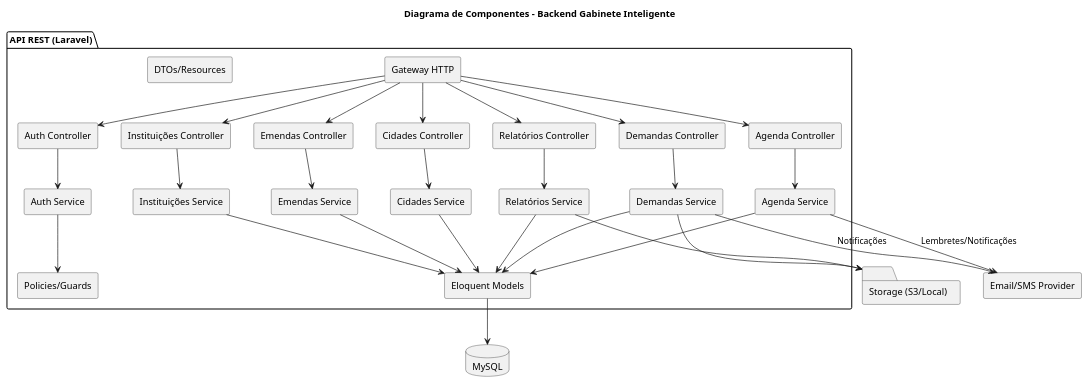
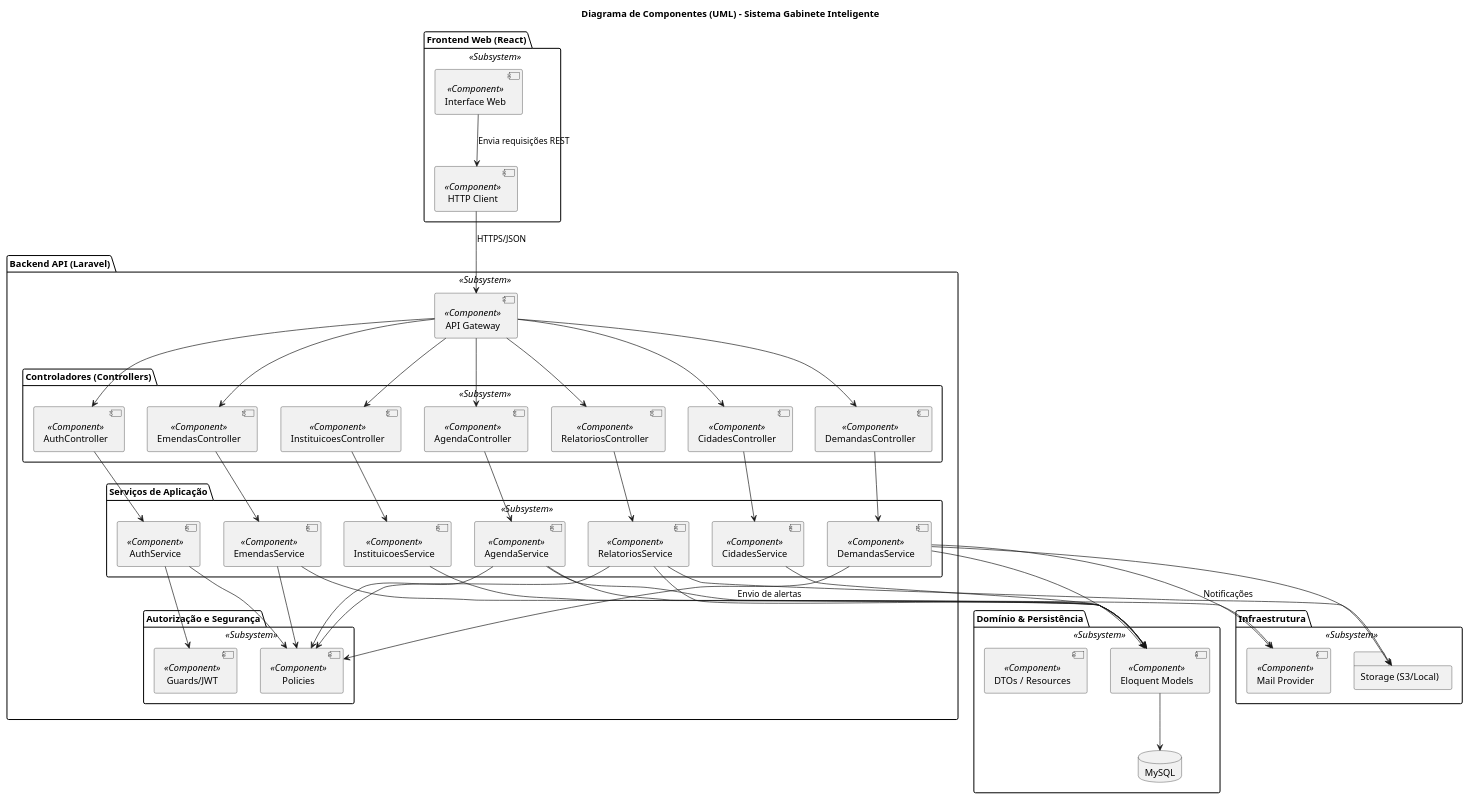
Before and after one commit to ICEI-PUC-Minas-PPLES-TI/plf-es-2025-2-tcci-0393100-dev-bernardo-biondini: the diagram in Artefatos/Componentes e Implantacao/componentes.puml, drawn with PlantUML. The commit also changed 458 other files, not shown here.

Commit message:
Correções finais, diagramas atualizados

```diff
--- a/Artefatos/Componentes e Implantacao/componentes.puml
+++ b/Artefatos/Componentes e Implantacao/componentes.puml
@@ -2,65 +1,105 @@
 @startuml
-title Diagrama de Componentes - Backend Gabinete Inteligente
+title Diagrama de Componentes (UML) – Sistema Gabinete Inteligente
 
-skinparam componentStyle rectangle
+skinparam componentStyle uml2
 skinparam shadowing false
 
-package "API REST (Laravel)" {
-  [Gateway HTTP] as Gateway
-  [Auth Controller]
-  [Demandas Controller]
-  [Emendas Controller]
-  [Cidades Controller]
-  [Instituições Controller]
-  [Agenda Controller]
-  [Relatórios Controller]
-
-  [Auth Service]
-  [Demandas Service]
-  [Emendas Service]
-  [Cidades Service]
-  [Instituições Service]
-  [Agenda Service]
-  [Relatórios Service]
-
-  [Policies/Guards]
-  [Eloquent Models]
-  [DTOs/Resources]
+' ================= Subsistema Frontend =======================
+package "Frontend Web (React)" <<Subsystem>> {
+  [Interface Web] <<Component>>
+  [HTTP Client] <<Component>>
 }
 
-database "MySQL" as DB
-folder "Storage (S3/Local)" as Store
-[Email/SMS Provider] as Mail
+[Interface Web] --> [HTTP Client] : Envia requisições REST
 
-Gateway --> [Auth Controller]
-Gateway --> [Demandas Controller]
-Gateway --> [Emendas Controller]
-Gateway --> [Cidades Controller]
-Gateway --> [Instituições Controller]
-Gateway --> [Agenda Controller]
-Gateway --> [Relatórios Controller]
+' ================= Backend - API REST =========================
+package "Backend API (Laravel)" <<Subsystem>> {
 
-[Auth Controller] --> [Auth Service]
-[Demandas Controller] --> [Demandas Service]
-[Emendas Controller] --> [Emendas Service]
-[Cidades Controller] --> [Cidades Service]
-[Instituições Controller] --> [Instituições Service]
-[Agenda Controller] --> [Agenda Service]
-[Relatórios Controller] --> [Relatórios Service]
+  [API Gateway] <<Component>>
 
-[Auth Service] --> [Policies/Guards]
-[Demandas Service] --> [Eloquent Models]
-[Emendas Service] --> [Eloquent Models]
-[Cidades Service] --> [Eloquent Models]
-[Instituições Service] --> [Eloquent Models]
-[Agenda Service] --> [Eloquent Models]
-[Relatórios Service] --> [Eloquent Models]
+  package "Controladores (Controllers)" <<Subsystem>> {
+    [AuthController] <<Component>>
+    [DemandasController] <<Component>>
+    [EmendasController] <<Component>>
+    [CidadesController] <<Component>>
+    [InstituicoesController] <<Component>>
+    [AgendaController] <<Component>>
+    [RelatoriosController] <<Component>>
+  }
+
+  package "Serviços de Aplicação" <<Subsystem>> {
+    [AuthService] <<Component>>
+    [DemandasService] <<Component>>
+    [EmendasService] <<Component>>
+    [CidadesService] <<Component>>
+    [InstituicoesService] <<Component>>
+    [AgendaService] <<Component>>
+    [RelatoriosService] <<Component>>
+  }
+
+  package "Autorização e Segurança" <<Subsystem>> {
+    [Policies] <<Component>>
+    [Guards/JWT] <<Component>>
+  }
+}
+
+' ================= Backend - Domínio & Persistência ===========
+package "Domínio & Persistência" <<Subsystem>> {
+  [Eloquent Models] <<Component>>
+  [DTOs / Resources] <<Component>>
+  database "MySQL" as DB
+}
+
+' ================= Infraestrutura =============================
+package "Infraestrutura" <<Subsystem>> {
+  folder "Storage (S3/Local)" as Store
+  [Mail Provider] <<Component>>
+}
+
+' ================== Conexões FRONT -> BACK ====================
+[HTTP Client] --> [API Gateway] : HTTPS/JSON
+
+' ================== Controladores =============================
+[API Gateway] --> [AuthController]
+[API Gateway] --> [DemandasController]
+[API Gateway] --> [EmendasController]
+[API Gateway] --> [CidadesController]
+[API Gateway] --> [InstituicoesController]
+[API Gateway] --> [AgendaController]
+[API Gateway] --> [RelatoriosController]
+
+' ================== Services =================================
+[AuthController] --> [AuthService]
+[DemandasController] --> [DemandasService]
+[EmendasController] --> [EmendasService]
+[CidadesController] --> [CidadesService]
+[InstituicoesController] --> [InstituicoesService]
+[AgendaController] --> [AgendaService]
+[RelatoriosController] --> [RelatoriosService]
+
+' ================== Segurança ================================
+[AuthService] --> [Guards/JWT]
+[AuthService] --> [Policies]
+
+[DemandasService] --> [Policies]
+[EmendasService] --> [Policies]
+[AgendaService] --> [Policies]
+[RelatoriosService] --> [Policies]
+
+' ================== Persistência ==============================
+[DemandasService] --> [Eloquent Models]
+[EmendasService] --> [Eloquent Models]
+[CidadesService] --> [Eloquent Models]
+[InstituicoesService] --> [Eloquent Models]
+[AgendaService] --> [Eloquent Models]
+[RelatoriosService] --> [Eloquent Models]
 
 [Eloquent Models] --> DB
-[Relatórios Service] --> Store
-[Demandas Service] --> Store
+[RelatoriosService] --> Store
+[DemandasService] --> Store
 
-[Agenda Service] --> Mail : Lembretes/Notificações
-[Demandas Service] --> Mail : Notificações
+' ================== Notificações =============================
+[AgendaService] --> [Mail Provider] : Envio de alertas
+[DemandasService] --> [Mail Provider] : Notificações
 
 @enduml
```
